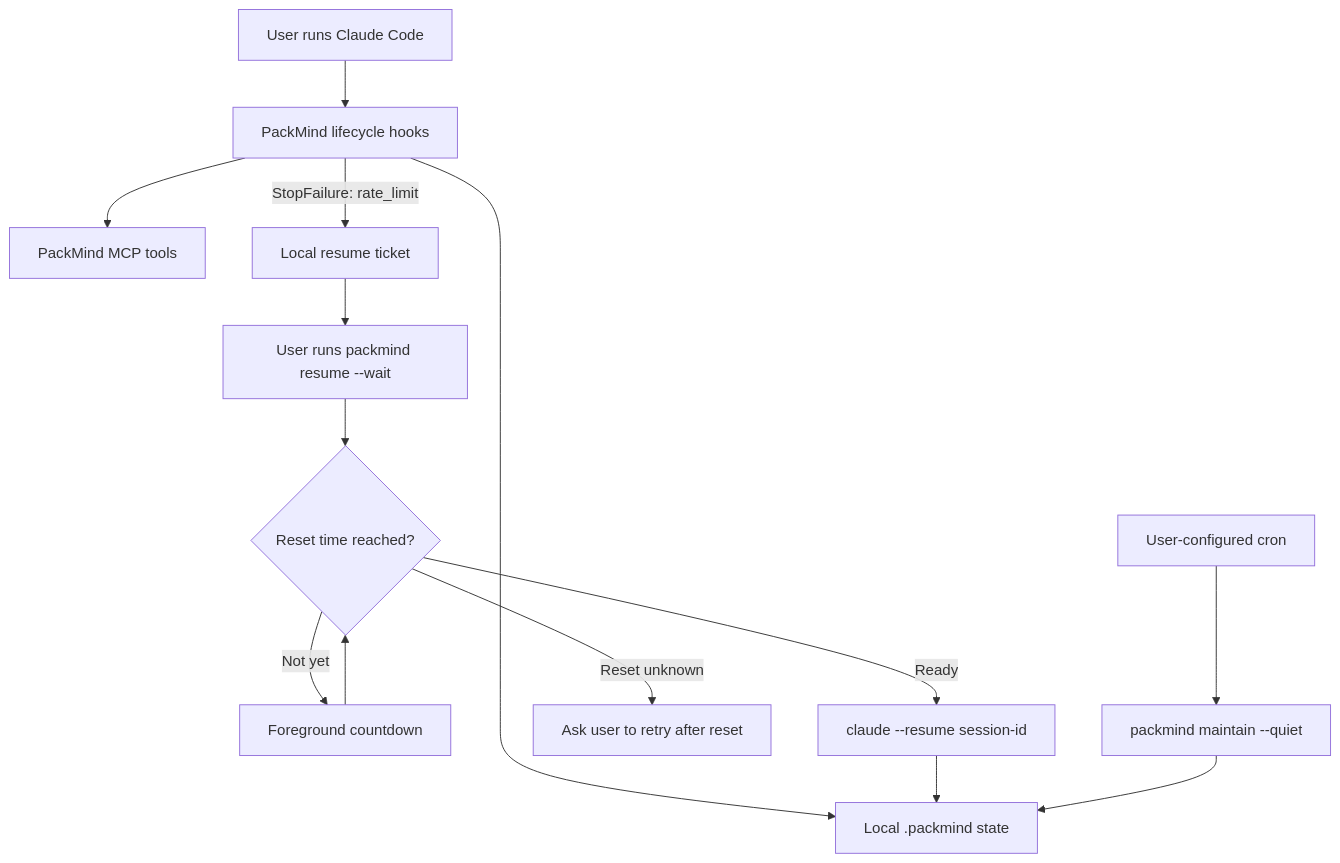
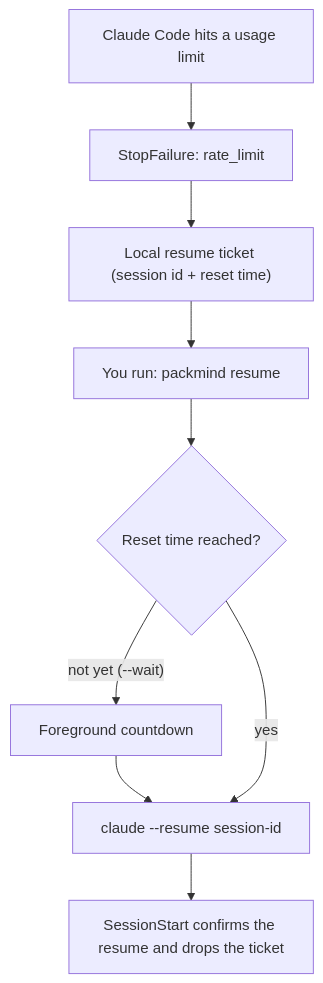
One commit to mchl-schrdng/packmind changed the diagram in README.md. Above: the diagram before and after it, drawn with Mermaid. The commit also changed other lines of this file and 4 other files, not shown here.

````diff
--- a/README.md
+++ b/README.md
@@ -115,18 +71,11 @@
 ```mermaid
 flowchart TD
-    U["User runs Claude Code"] --> H["PackMind lifecycle hooks"]
-    H --> S["Local .packmind state"]
-    H --> M["PackMind MCP tools"]
-
-    H -->|"StopFailure: rate_limit"| T["Local resume ticket"]
-    T --> R["User runs packmind resume --wait"]
-    R --> Q{"Reset time reached?"}
-    Q -->|"Not yet"| W["Foreground countdown"]
-    W --> Q
-    Q -->|"Ready"| C["claude --resume session-id"]
-    Q -->|"Reset unknown"| I["Ask user to retry after reset"]
-    C --> S
-
-    CR["User-configured cron"] --> MT["packmind maintain --quiet"]
-    MT --> S
+    A["Claude Code hits a usage limit"] --> B["StopFailure: rate_limit"]
+    B --> C["Local resume ticket (session id + reset time)"]
+    C --> D["You run: packmind resume"]
+    D --> E{"Reset time reached?"}
+    E -- "not yet (--wait)" --> F["Foreground countdown"]
+    F --> G["claude --resume session-id"]
+    E -- "yes" --> G
+    G --> H["SessionStart confirms the resume and drops the ticket"]
 ```
````
